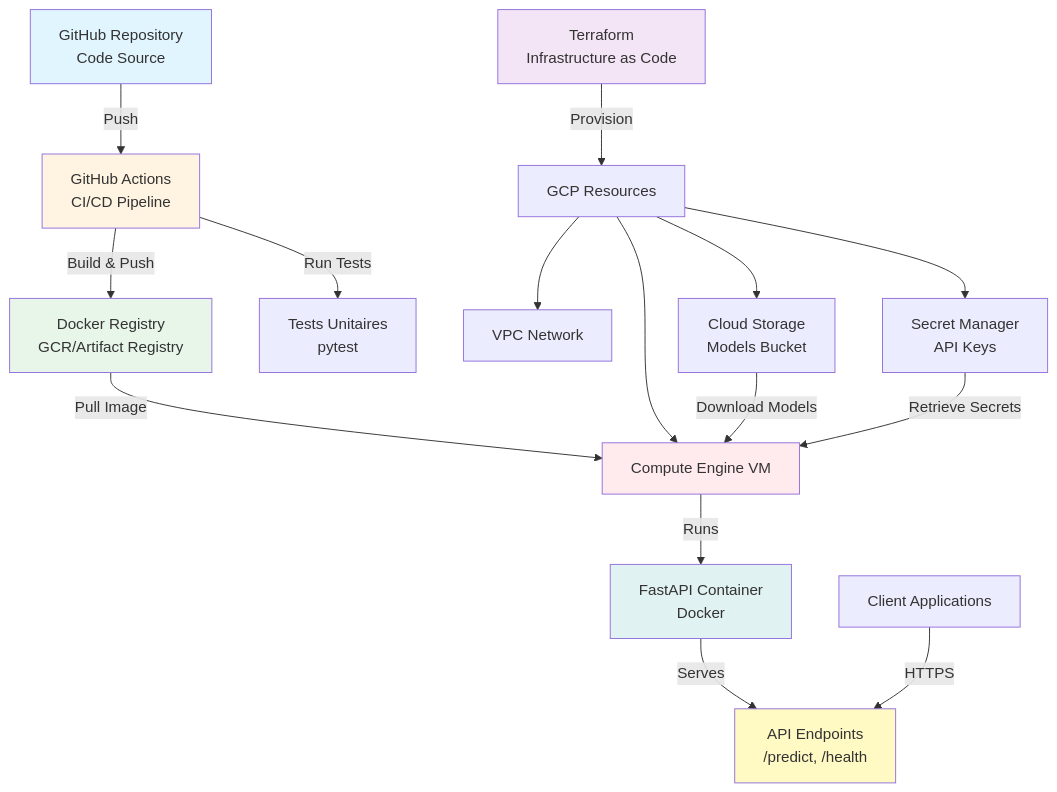
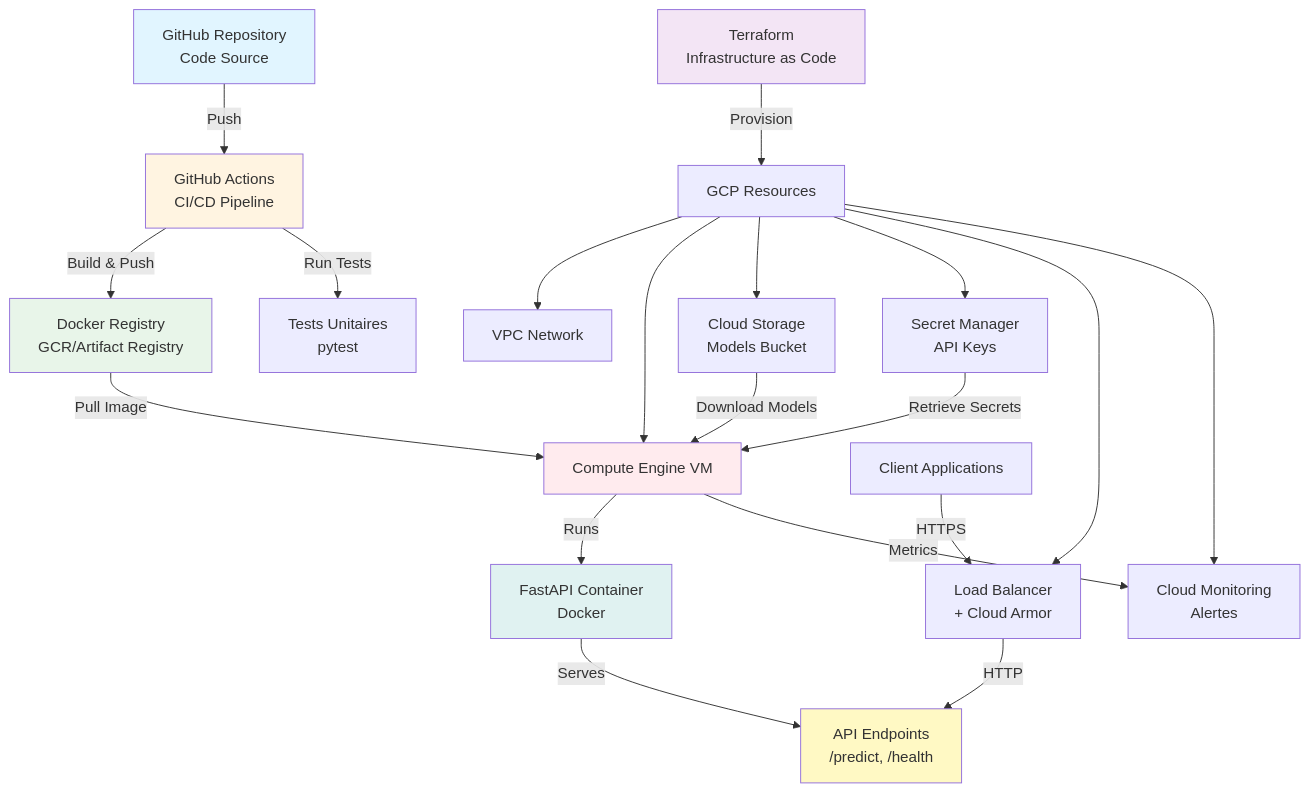
Before and after one commit to estephe-arnaud/mlops-core: the diagram in README.md, drawn with Mermaid. The commit also changed other lines of this file and 6 other files, not shown here.

````diff
--- a/README.md
+++ b/README.md
@@ -22,29 +30,33 @@
 ```mermaid
 graph TB
     A[GitHub Repository<br/>Code Source] -->|Push| B[GitHub Actions<br/>CI/CD Pipeline]
     B -->|Build & Push| C[Docker Registry<br/>GCR/Artifact Registry]
     B -->|Run Tests| D[Tests Unitaires<br/>pytest]
     
     E[Terraform<br/>Infrastructure as Code] -->|Provision| F[GCP Resources]
     F --> G[VPC Network]
     F --> H[Compute Engine VM]
     F --> I[Cloud Storage<br/>Models Bucket]
     F --> J[Secret Manager<br/>API Keys]
+    F --> N[Load Balancer<br/>+ Cloud Armor]
+    F --> O[Cloud Monitoring<br/>Alertes]
     
     C -->|Pull Image| H
     I -->|Download Models| H
     J -->|Retrieve Secrets| H
     
     H -->|Runs| K[FastAPI Container<br/>Docker]
     K -->|Serves| L[API Endpoints<br/>/predict, /health]
     
-    M[Client Applications] -->|HTTPS| L
+    M[Client Applications] -->|HTTPS| N
+    N -->|HTTP| L
+    H -->|Metrics| O
     
     style A fill:#e1f5ff
     style B fill:#fff4e1
     style C fill:#e8f5e9
     style E fill:#f3e5f5
     style H fill:#ffebee
     style K fill:#e0f2f1
     style L fill:#fff9c4
 ```
````
